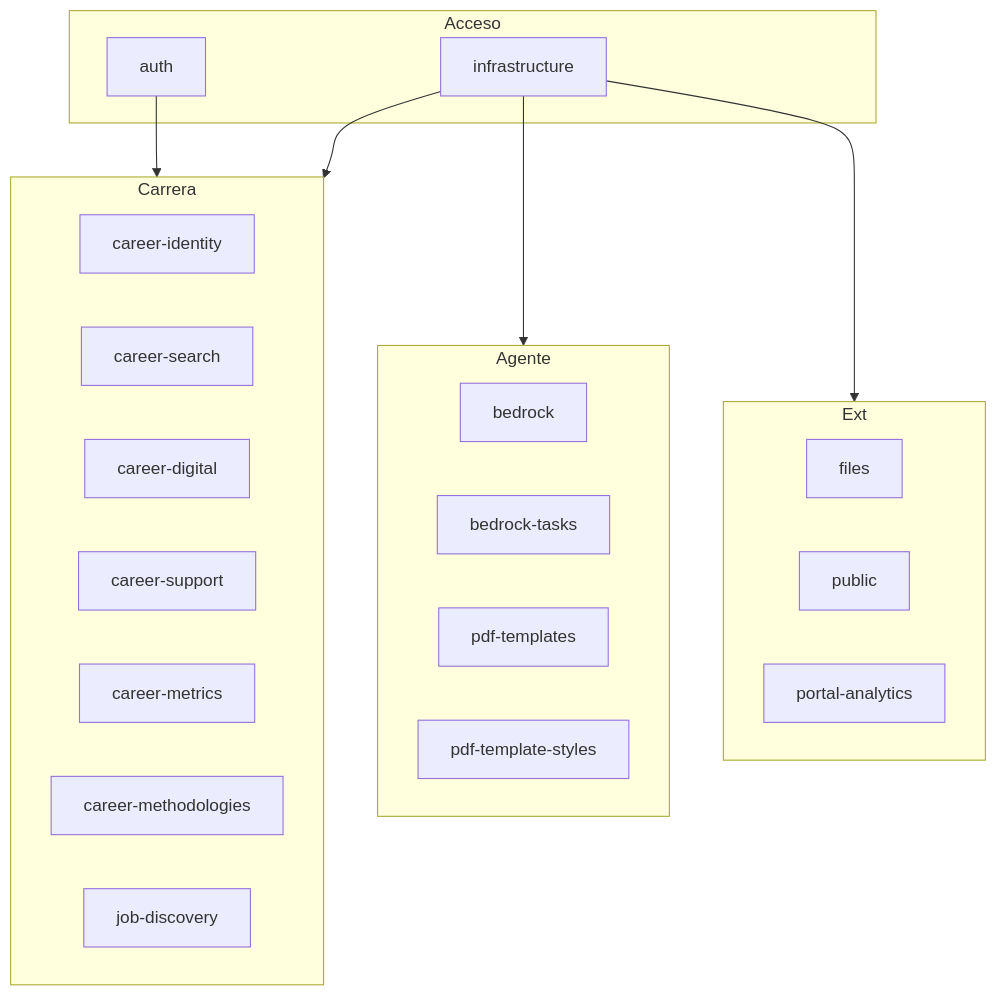
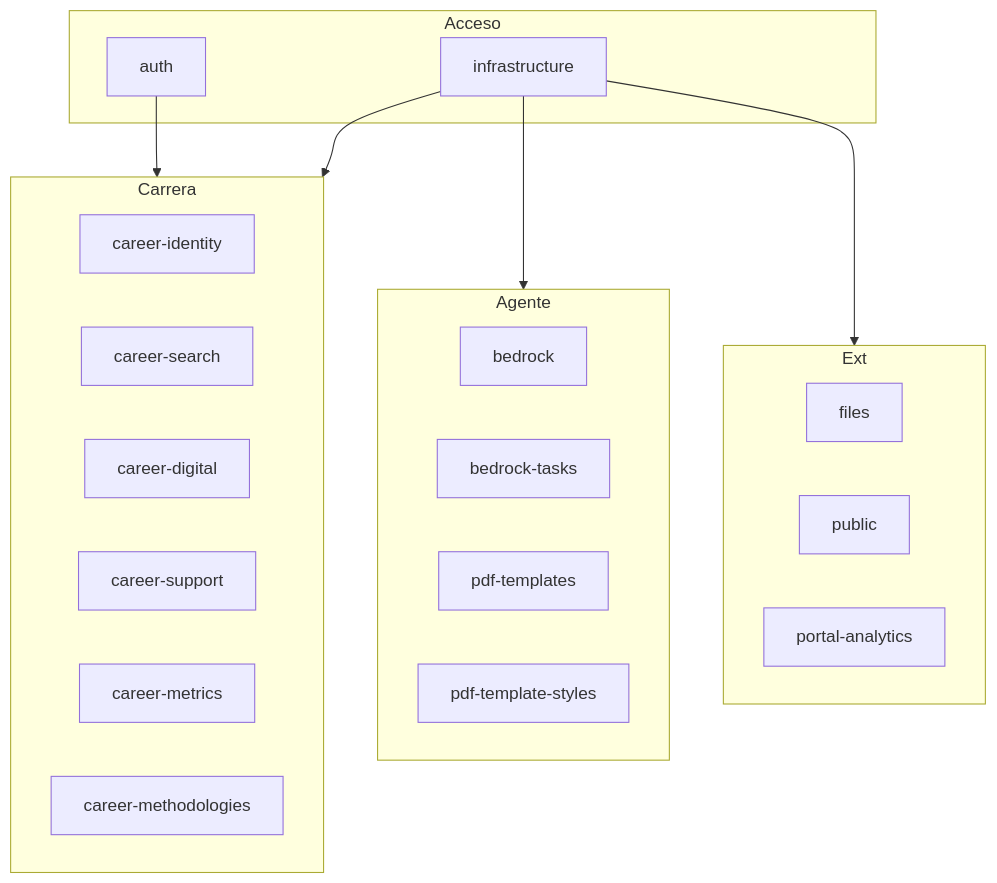
The diagram in cjhirashi-career-api/docs/sections/README.md (cjhirashi/cjhirashi-career), drawn with Mermaid before and after one commit. The commit also changed other lines of this file and 66 other files, not shown here.

````diff
--- a/cjhirashi-career-api/docs/sections/README.md
+++ b/cjhirashi-career-api/docs/sections/README.md
@@ -7,31 +7,30 @@
 ```mermaid
 flowchart TB
     subgraph Acceso
         Auth[auth]
         Infra[infrastructure]
     end
     subgraph Carrera
         Ident[career-identity]
         Search[career-search]
         Digital[career-digital]
         Support[career-support]
         Metrics[career-metrics]
         Methods[career-methodologies]
-        Jobs[job-discovery]
     end
     subgraph Agente
         Bedrock[bedrock]
         Tasks[bedrock-tasks]
         PDF[pdf-templates]
         Styles[pdf-template-styles]
     end
     subgraph Ext
         Files[files]
         Public[public]
         PortalA[portal-analytics]
     end
     Auth --> Carrera
     Infra --> Carrera
     Infra --> Agente
     Infra --> Ext
 ```
````
